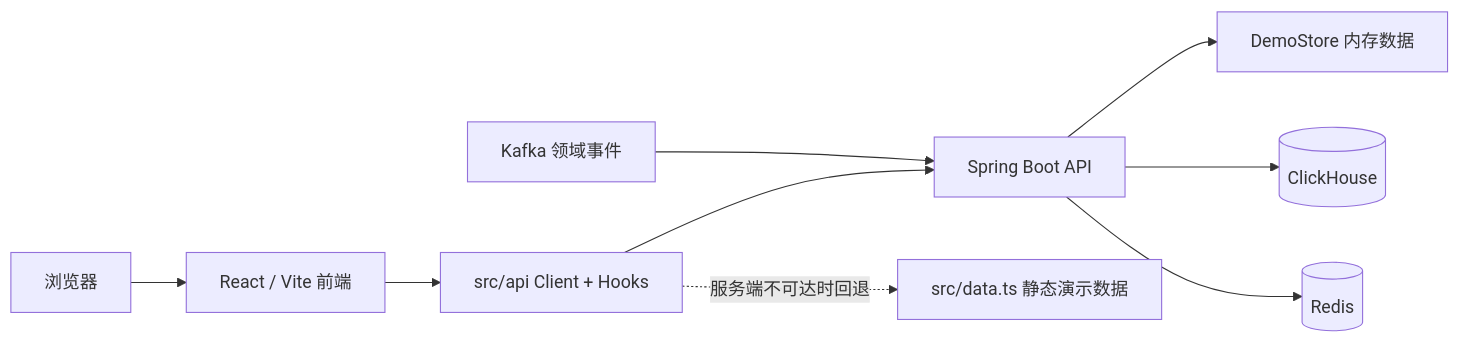
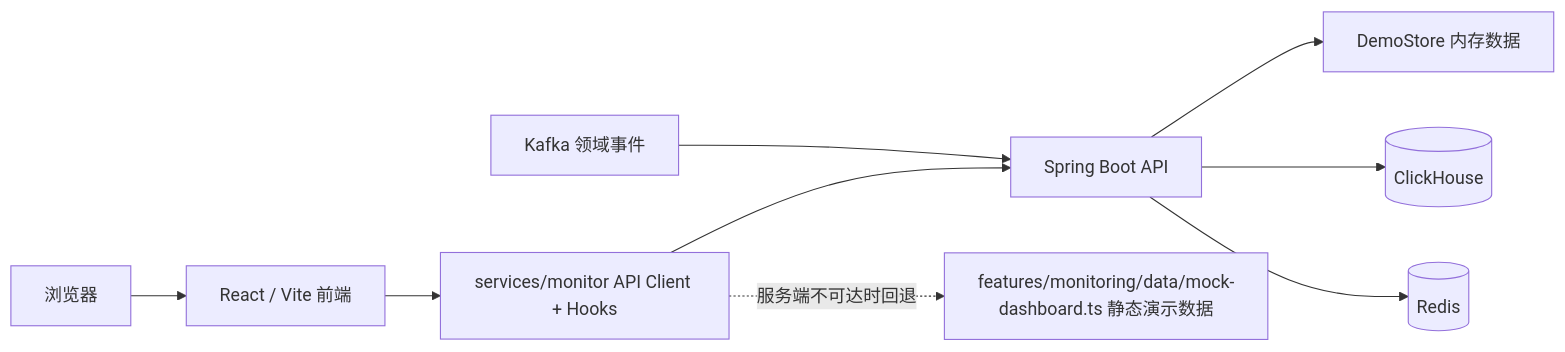
One commit to ivanmissu/monitor-order-monitoring-prototype changed the diagram in README.md. Above: the diagram before and after it, drawn with Mermaid. The commit also changed other lines of this file and 38 other files, not shown here.

````diff
--- a/README.md
+++ b/README.md
@@ -45,11 +45,11 @@
 ```mermaid
 flowchart LR
     Browser[浏览器] --> UI[React / Vite 前端]
-    UI --> Client[src/api Client + Hooks]
+    UI --> Client[services/monitor API Client + Hooks]
     Client --> API[Spring Boot API]
-    Client -. 服务端不可达时回退 .-> Mock[src/data.ts 静态演示数据]
+    Client -. 服务端不可达时回退 .-> Mock[features/monitoring/data/mock-dashboard.ts 静态演示数据]
     API --> Demo[DemoStore 内存数据]
     API --> CH[(ClickHouse)]
     API --> Redis[(Redis)]
     Kafka[Kafka 领域事件] --> API
 ```
````
